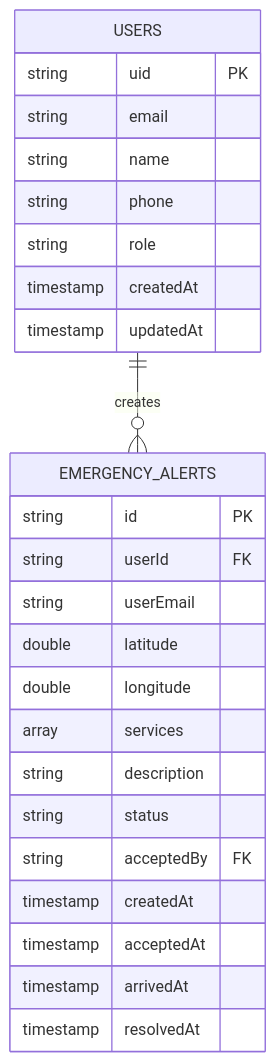
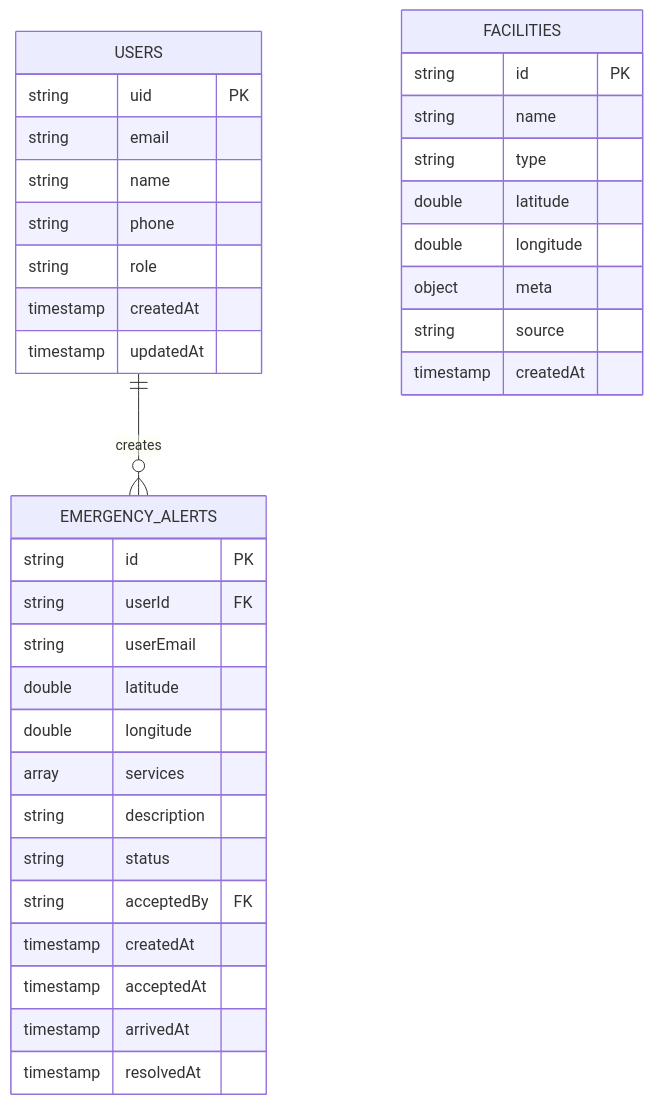
The eighth of 9 diagrams in ARCHITECTURE.md (sqd2/Lighthouse-Emergency-Response), drawn with Mermaid before and after one commit. The commit also changed other lines of this file, not shown here.

First line of the commit message:
Add missing FACILITIES collection to ER diagram and architecture docs

````diff
--- a/ARCHITECTURE.md
+++ b/ARCHITECTURE.md
@@ -507,29 +514,40 @@
 ```mermaid
 erDiagram
     USERS ||--o{ EMERGENCY_ALERTS : creates
     USERS {
         string uid PK
         string email
         string name
         string phone
         string role
         timestamp createdAt
         timestamp updatedAt
     }
 
     EMERGENCY_ALERTS {
         string id PK
         string userId FK
         string userEmail
         double latitude
         double longitude
         array services
         string description
         string status
         string acceptedBy FK
         timestamp createdAt
         timestamp acceptedAt
         timestamp arrivedAt
         timestamp resolvedAt
     }
+
+    FACILITIES {
+        string id PK
+        string name
+        string type
+        double latitude
+        double longitude
+        object meta
+        string source
+        timestamp createdAt
+    }
 ```
````
